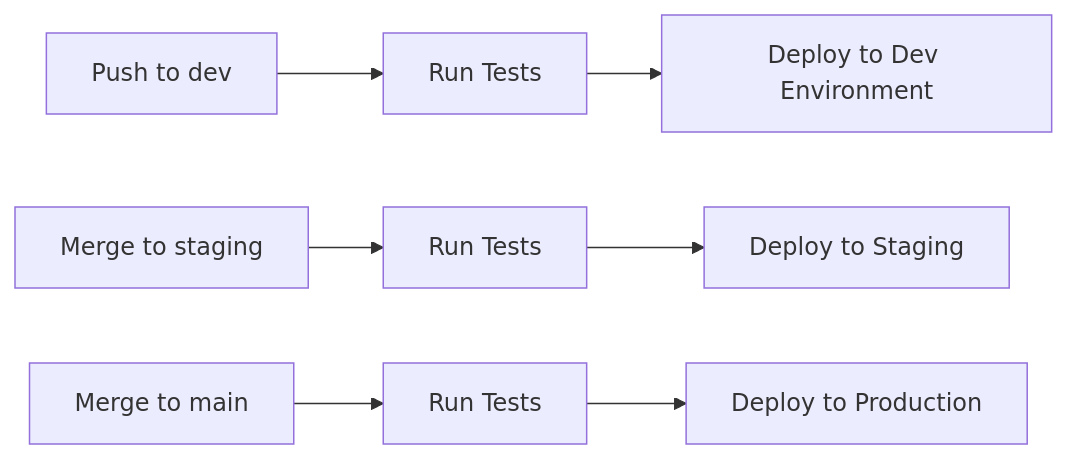
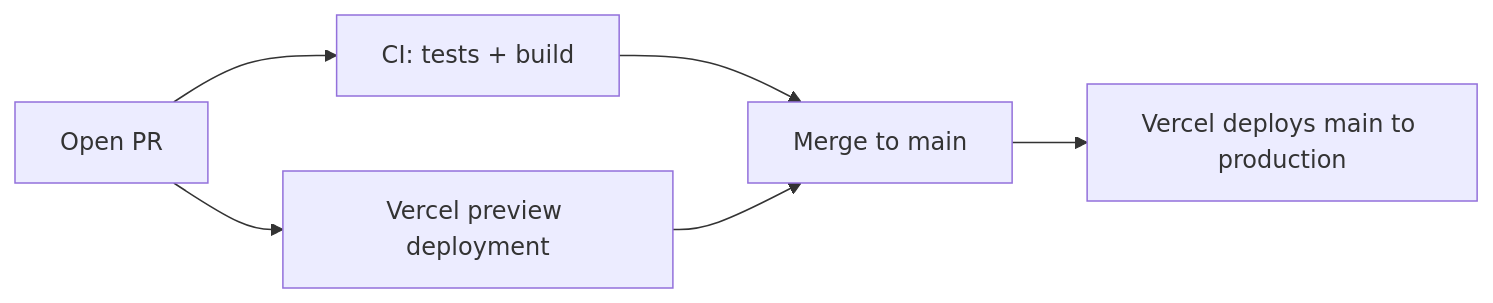
The diagram in CONTRIBUTING.md (lion24/blog.nullbyte.be), drawn with Mermaid before and after one commit. The commit also changed other lines of this file and 3 other files, not shown here.

````diff
--- a/CONTRIBUTING.md
+++ b/CONTRIBUTING.md
@@ -393,9 +366,8 @@
 ```mermaid
 graph LR
-    A[Push to dev] --> B[Run Tests]
-    B --> C[Deploy to Dev Environment]
-    D[Merge to staging] --> E[Run Tests]
-    E --> F[Deploy to Staging]
-    G[Merge to main] --> H[Run Tests]
-    H --> I[Deploy to Production]
+    A[Open PR] --> B[CI: tests + build]
+    A --> C[Vercel preview deployment]
+    B --> D[Merge to main]
+    C --> D
+    D --> E[Vercel deploys main to production]
 ```
````
